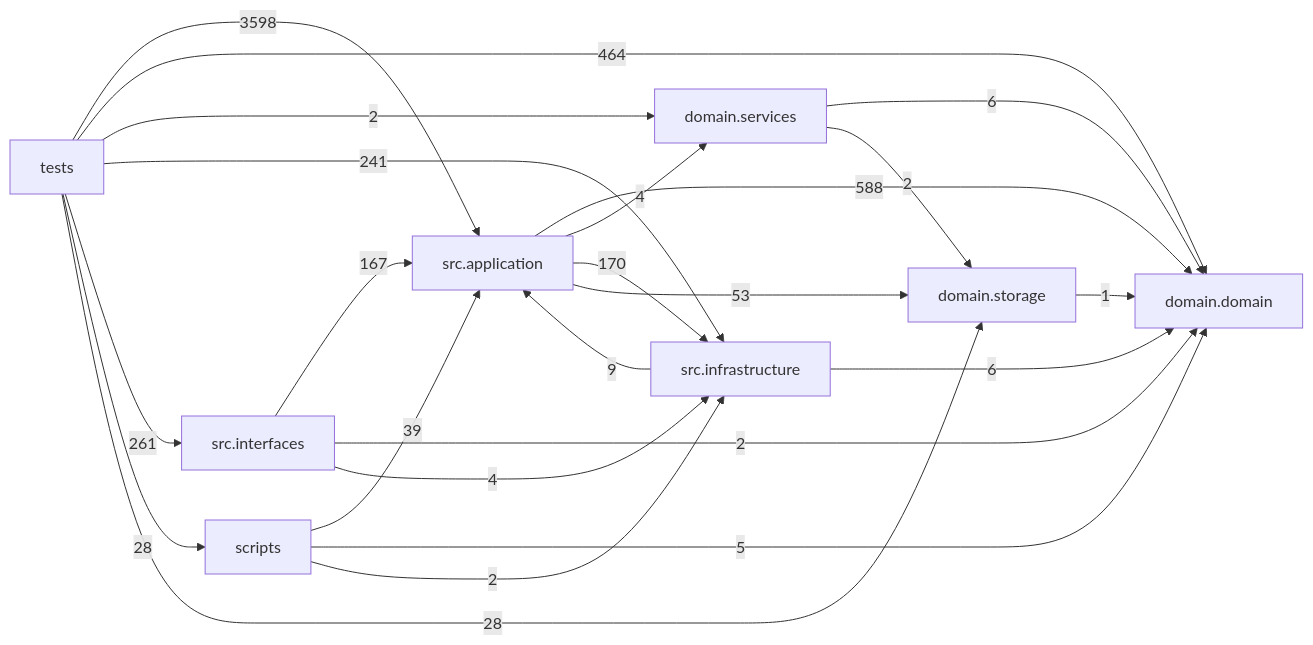
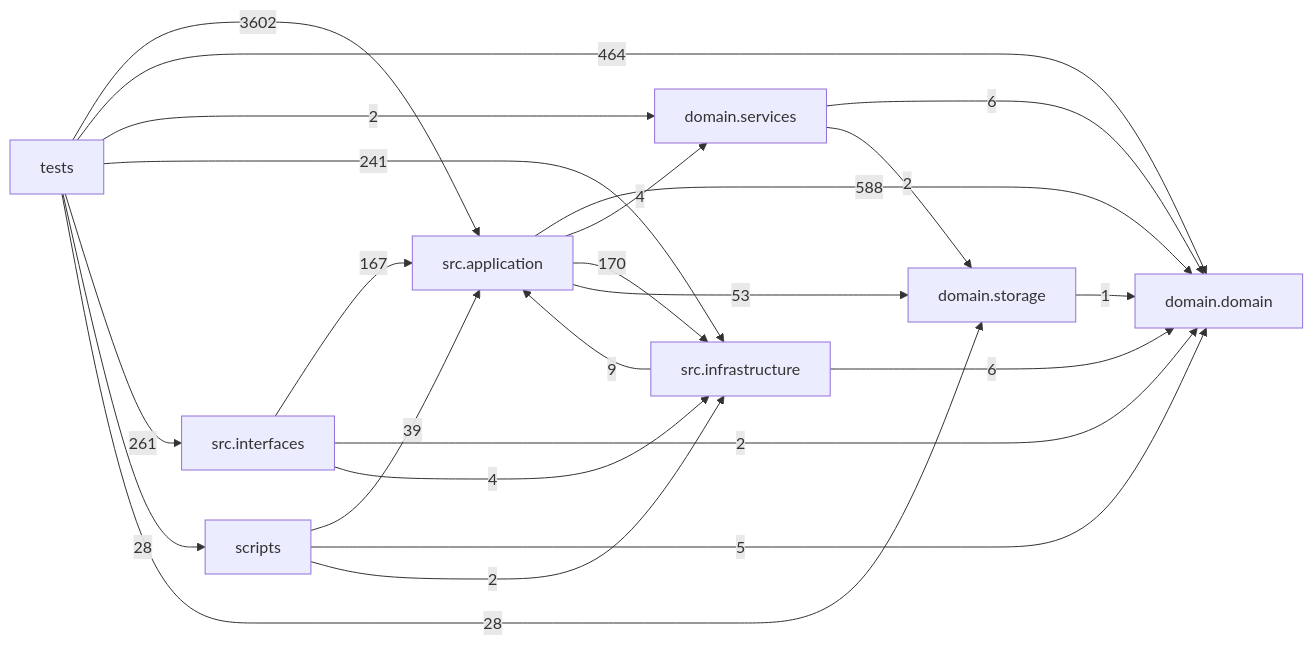
The diagram in docs/DEPENDENCY_GRAPH.md (liuxie066/options-monitor), drawn with Mermaid before and after one commit. The commit also changed other lines of this file and 10 other files, not shown here.

````diff
--- a/docs/DEPENDENCY_GRAPH.md
+++ b/docs/DEPENDENCY_GRAPH.md
@@ -24,33 +24,33 @@
 ```mermaid
 flowchart LR
   tests["tests"]
   scripts["scripts"]
   interfaces["src.interfaces"]
   application["src.application"]
   infrastructure["src.infrastructure"]
   domain_services["domain.services"]
   domain["domain.domain"]
   storage["domain.storage"]
   application -->|588| domain
   application -->|4| domain_services
   application -->|170| infrastructure
   application -->|53| storage
   domain_services -->|6| domain
   domain_services -->|2| storage
   infrastructure -->|9| application
   infrastructure -->|6| domain
   interfaces -->|167| application
   interfaces -->|2| domain
   interfaces -->|4| infrastructure
   scripts -->|39| application
   scripts -->|5| domain
   scripts -->|2| infrastructure
   storage -->|1| domain
-  tests -->|3598| application
+  tests -->|3602| application
   tests -->|464| domain
   tests -->|2| domain_services
   tests -->|241| infrastructure
   tests -->|261| interfaces
   tests -->|28| scripts
   tests -->|28| storage
 ```
````
